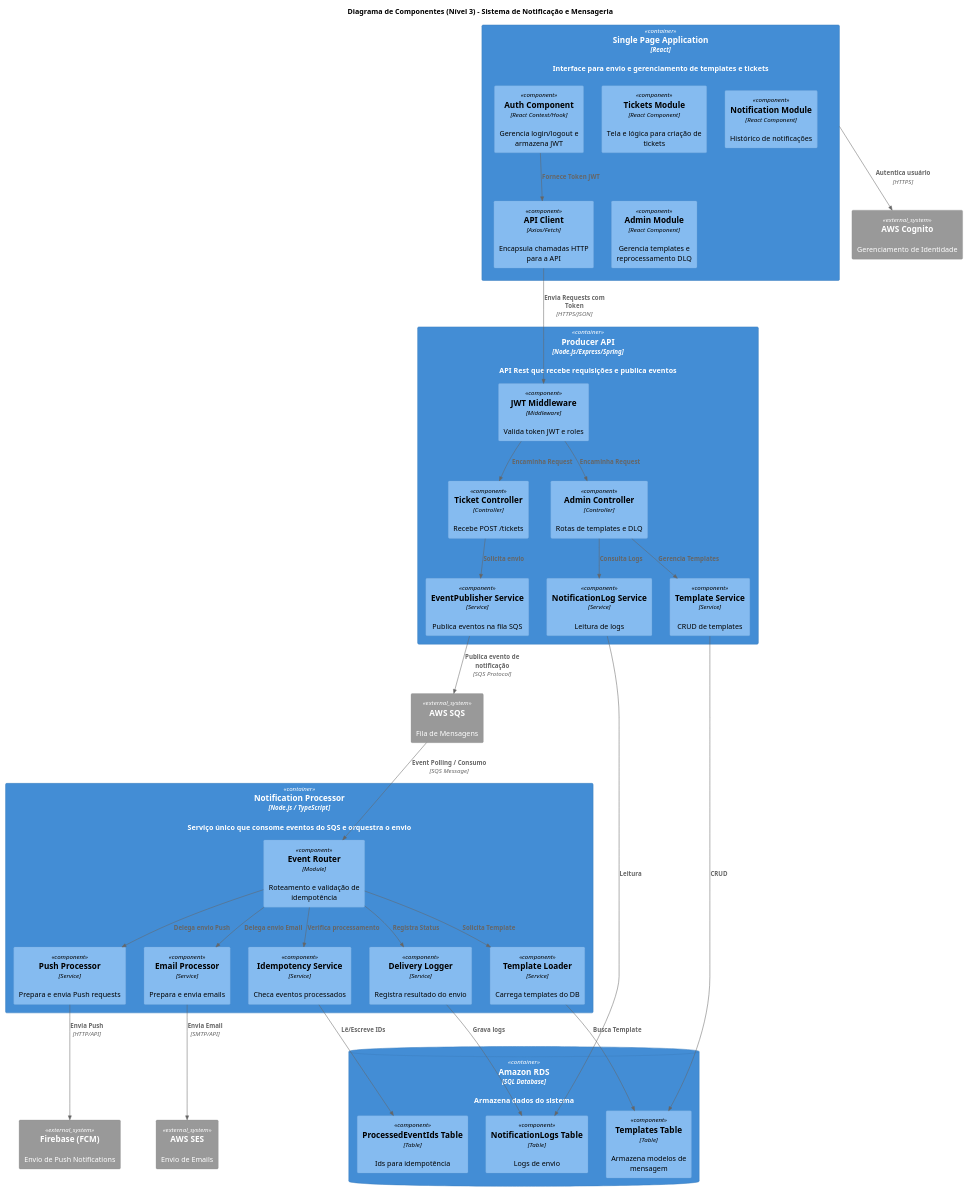
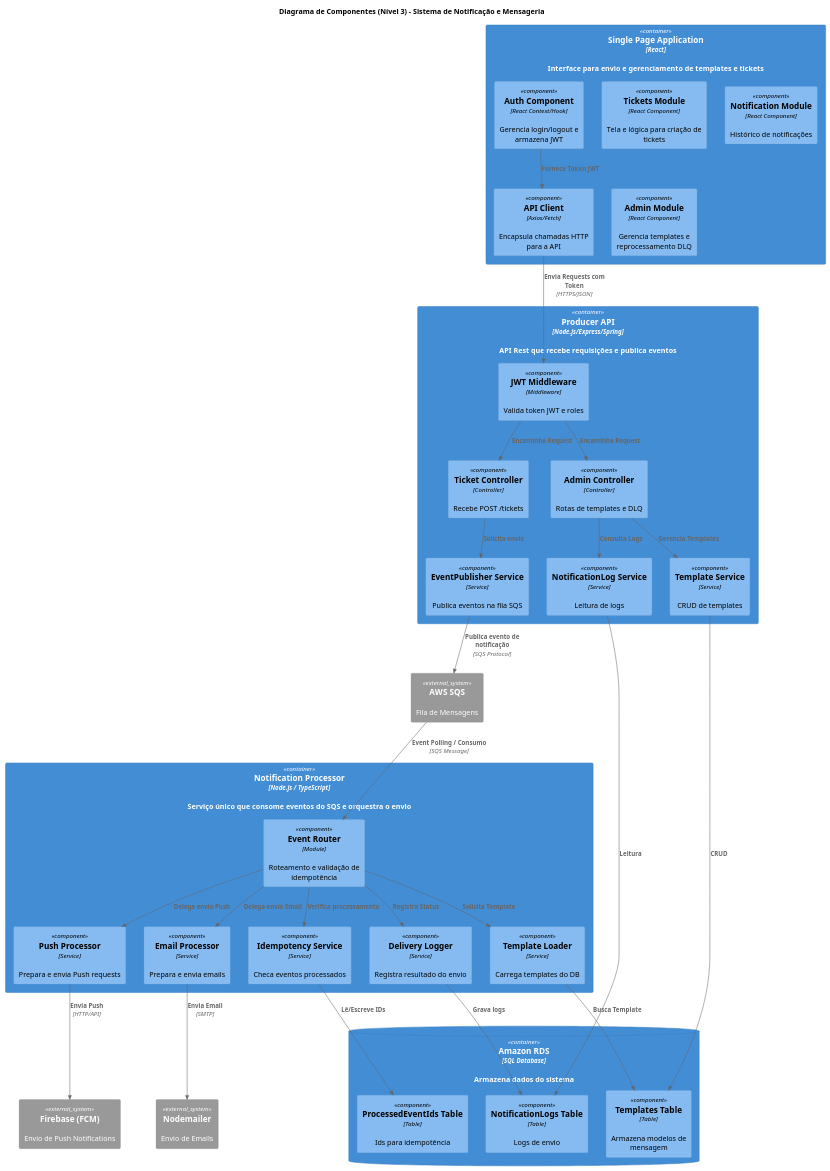
The diagram in documentacao/C4/component.puml (MiqueiasBento/Sistema-de-Notificacao-e-Mensageria), drawn with PlantUML before and after one commit. The commit also changed 11 other files, not shown here.

```diff
--- a/documentacao/C4/component.puml
+++ b/documentacao/C4/component.puml
@@ -1,77 +1,75 @@
 @startuml C4_Component_Diagram
 !include https://raw.githubusercontent.com/plantuml-stdlib/C4-PlantUML/master/C4_Component.puml
 
 title Diagrama de Componentes (Nível 3) - Sistema de Notificação e Mensageria
 ' versão v1.0
 
 Container(spa, "Single Page Application", "React", "Interface para envio e gerenciamento de templates e tickets") {
     Component(auth_comp, "Auth Component", "React Context/Hook", "Gerencia login/logout e armazena JWT")
     Component(api_client, "API Client", "Axios/Fetch", "Encapsula chamadas HTTP para a API")
     Component(tickets_mod, "Tickets Module", "React Component", "Tela e lógica para criação de tickets")
     Component(notif_mod, "Notification Module", "React Component", "Histórico de notificações")
     Component(admin_mod, "Admin Module", "React Component", "Gerencia templates e reprocessamento DLQ")
 }
 
 Container(producer_api, "Producer API", "Node.js/Express/Spring", "API Rest que recebe requisições e publica eventos") {
     Component(auth_middleware, "JWT Middleware", "Middleware", "Valida token JWT e roles")
     Component(ticket_controller, "Ticket Controller", "Controller", "Recebe POST /tickets")
     Component(admin_controller, "Admin Controller", "Controller", "Rotas de templates e DLQ")
     Component(event_publisher, "EventPublisher Service", "Service", "Publica eventos na fila SQS")
     Component(template_service, "Template Service", "Service", "CRUD de templates")
     Component(log_service, "NotificationLog Service", "Service", "Leitura de logs")
 }
 
 Container(notification_processor, "Notification Processor", "Node.js / TypeScript", "Serviço único que consome eventos do SQS e orquestra o envio") {
     Component(router_handler, "Event Router", "Module", "Roteamento e validação de idempotência")
     Component(idempotency_svc, "Idempotency Service", "Service", "Checa eventos processados")
     Component(template_loader, "Template Loader", "Service", "Carrega templates do DB")
     Component(email_proc, "Email Processor", "Service", "Prepara e envia emails")
     Component(push_proc, "Push Processor", "Service", "Prepara e envia Push requests")
     Component(del_logger, "Delivery Logger", "Service", "Registra resultado do envio")
 }
 
 ContainerDb(rds, "Amazon RDS", "SQL Database", "Armazena dados do sistema") {
     Component(table_templates, "Templates Table", "Table", "Armazena modelos de mensagem")
     Component(table_logs, "NotificationLogs Table", "Table", "Logs de envio")
     Component(table_ids, "ProcessedEventIds Table", "Table", "Ids para idempotência")
 }
 
-System_Ext(cognito, "AWS Cognito", "Gerenciamento de Identidade")
 System_Ext(sqs, "AWS SQS", "Fila de Mensagens")
-System_Ext(ses, "AWS SES", "Envio de Emails")
+System_Ext(ses, "Nodemailer", "Envio de Emails")
 System_Ext(fcm, "Firebase (FCM)", "Envio de Push Notifications")
 
-Rel(spa, cognito, "Autentica usuário", "HTTPS")
 Rel(auth_comp, api_client, "Fornece Token JWT")
 
 Rel(api_client, auth_middleware, "Envia Requests com Token", "HTTPS/JSON")
 Rel(auth_middleware, ticket_controller, "Encaminha Request")
 Rel(auth_middleware, admin_controller, "Encaminha Request")
 
 Rel(ticket_controller, event_publisher, "Solicita envio")
 Rel(admin_controller, template_service, "Gerencia Templates")
 Rel(admin_controller, log_service, "Consulta Logs")
 
 Rel(event_publisher, sqs, "Publica evento de notificação", "SQS Protocol")
 
 Rel(template_service, table_templates, "CRUD")
 Rel(log_service, table_logs, "Leitura")
 
 Rel(sqs, router_handler, "Event Polling / Consumo", "SQS Message")
 
 Rel(router_handler, idempotency_svc, "Verifica processamento")
 Rel(idempotency_svc, table_ids, "Lê/Escreve IDs")
 
 Rel(router_handler, template_loader, "Solicita Template")
 Rel(template_loader, table_templates, "Busca Template")
 
 Rel(router_handler, email_proc, "Delega envio Email")
 Rel(router_handler, push_proc, "Delega envio Push")
 
-Rel(email_proc, ses, "Envia Email", "SMTP/API")
+Rel(email_proc, ses, "Envia Email", "SMTP")
 Rel(push_proc, fcm, "Envia Push", "HTTP/API")
 
 Rel(router_handler, del_logger, "Registra Status")
 Rel(del_logger, table_logs, "Grava logs")
 
 @enduml
```
